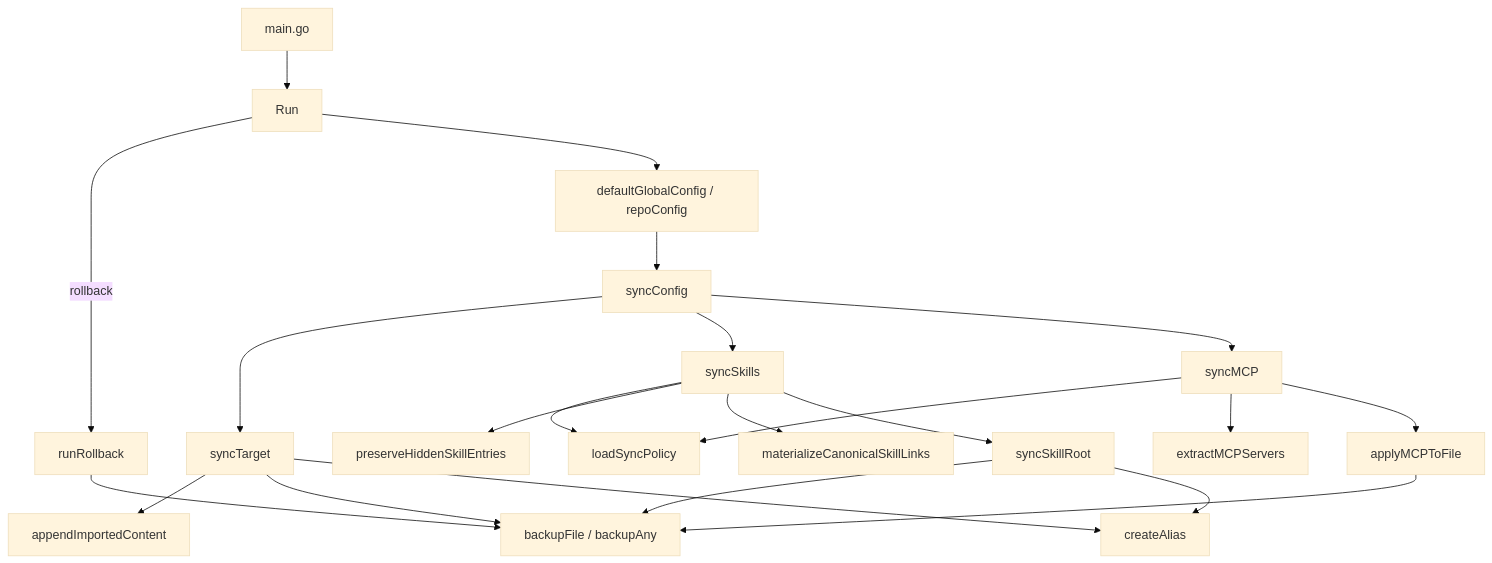
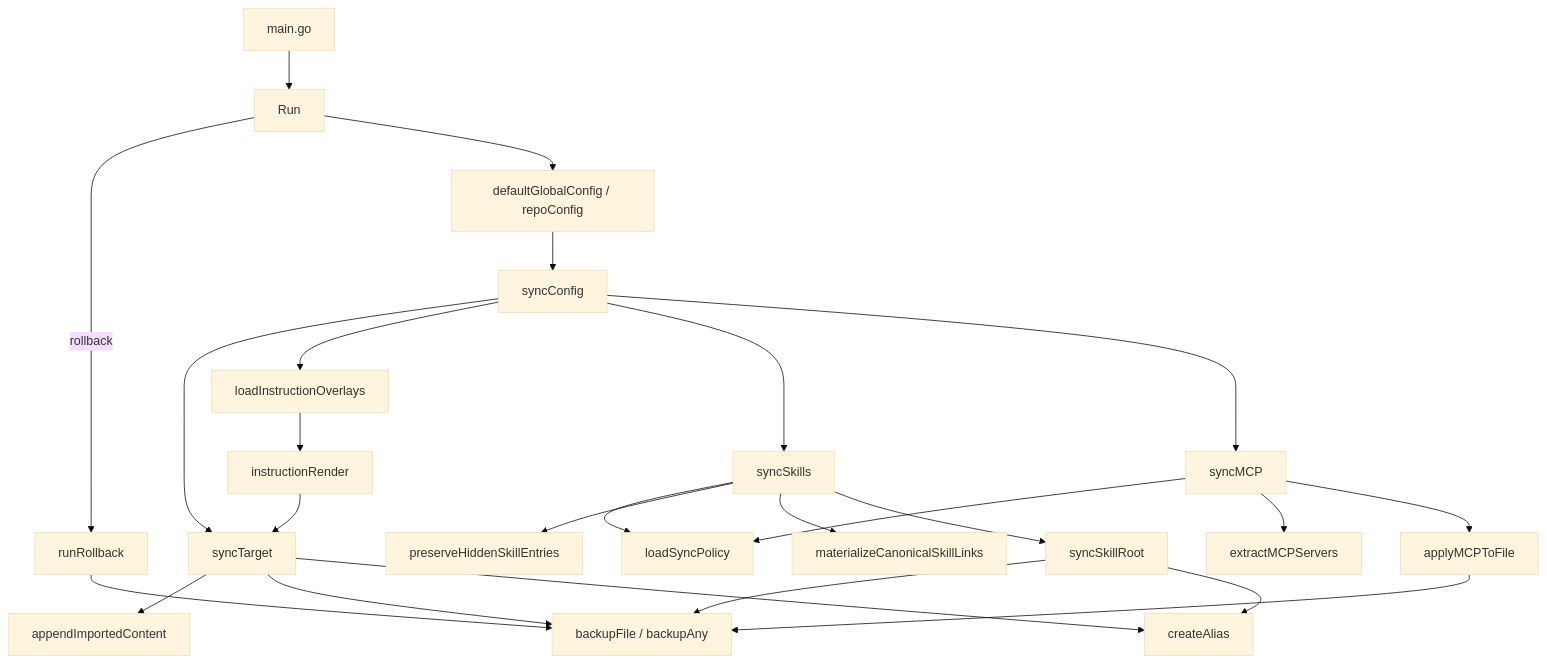
One commit to x0c/agentsync changed the diagram in docs/AGENTSYNC_KNOWLEDGE_BASE.md. Above: the diagram before and after it, drawn with Mermaid (base theme). The commit also changed other lines of this file and 16 other files, not shown here.

````diff
--- a/docs/AGENTSYNC_KNOWLEDGE_BASE.md
+++ b/docs/AGENTSYNC_KNOWLEDGE_BASE.md
@@ -11,24 +11,27 @@
 ```mermaid
 flowchart TD
     CLI[main.go] --> Run[Run]
     Run -->|rollback| Restore[runRollback]
     Run --> Config[defaultGlobalConfig / repoConfig]
     Config --> Sync[syncConfig]
     Sync --> Instructions[syncTarget]
+    Sync --> Overlays[loadInstructionOverlays]
+    Overlays --> Render[instructionRender]
+    Render --> Instructions
     Sync --> Skills[syncSkills]
     Sync --> MCP[syncMCP]
     Skills --> Policy[loadSyncPolicy]
     MCP --> Policy
     Instructions --> Merge[appendImportedContent]
     Instructions --> Backup[backupFile / backupAny]
     Instructions --> Alias[createAlias]
     Skills --> Preserve[preserveHiddenSkillEntries]
     Skills --> Materialize[materializeCanonicalSkillLinks]
     Skills --> Root[syncSkillRoot]
     Root --> Backup
     Root --> Alias
     MCP --> Extract[extractMCPServers]
     MCP --> Apply[applyMCPToFile]
     Apply --> Backup
     Restore --> Backup
 ```
````
